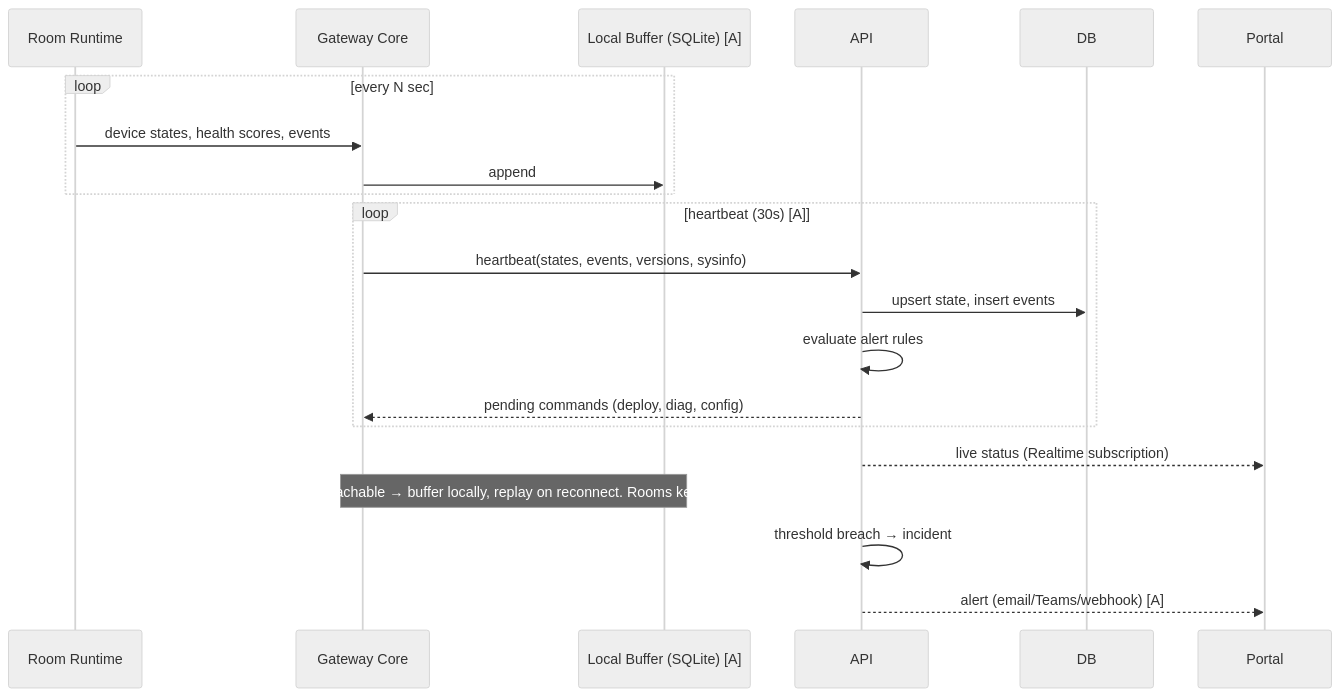
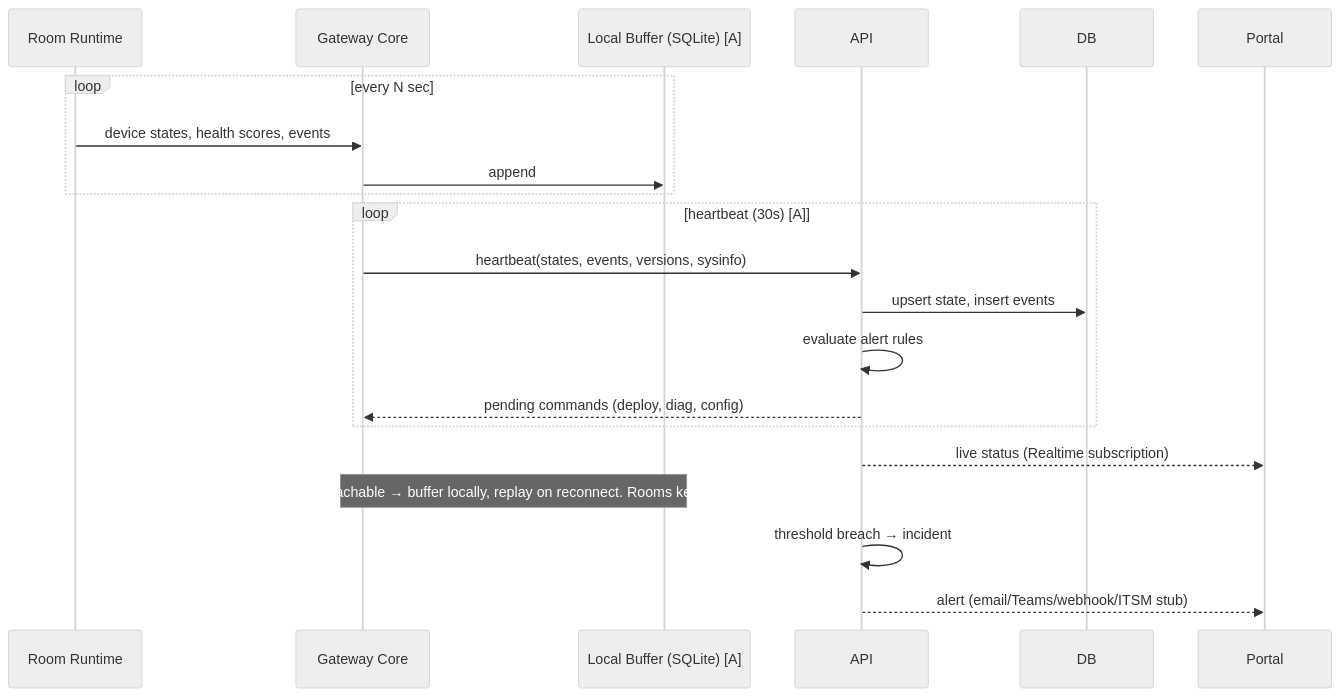
One commit to steviemayo/cobra changed the sixth of 30 diagrams in docs/diagrams.md. Above: the diagram before and after it, drawn with Mermaid (neutral theme). The commit also changed other lines of this file and 5 other files, not shown here.

Commit message:
docs: bring plan, decisions, diagrams and status docs into line with what is built

````diff
--- a/docs/diagrams.md
+++ b/docs/diagrams.md
@@ -140,23 +158,23 @@
 ```mermaid
 sequenceDiagram
   participant RT as Room Runtime
   participant GW as Gateway Core
   participant Buf as Local Buffer (SQLite) [A]
   participant API
   participant DB
   participant Portal
   loop every N sec
     RT->>GW: device states, health scores, events
     GW->>Buf: append
   end
   loop heartbeat (30s) [A]
     GW->>API: heartbeat(states, events, versions, sysinfo)
     API->>DB: upsert state, insert events
     API->>API: evaluate alert rules
     API-->>GW: pending commands (deploy, diag, config)
   end
   API-->>Portal: live status (Realtime subscription)
   Note over GW,Buf: Cloud unreachable → buffer locally, replay on reconnect. Rooms keep running.
   API->>API: threshold breach → incident
-  API-->>Portal: alert (email/Teams/webhook) [A]
+  API-->>Portal: alert (email/Teams/webhook/ITSM stub)
 ```
````
